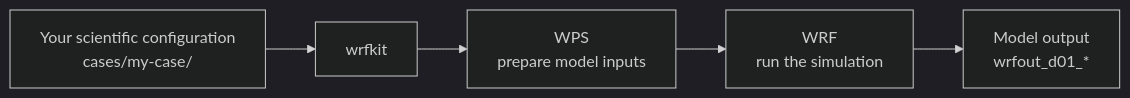
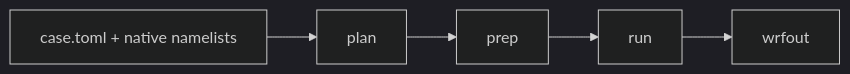
Before and after one commit to YONGHUNI/wrfkit: the diagram in docs/index.md, drawn with Mermaid (dark theme). The commit also changed other lines of this file, not shown here.

````diff
--- a/docs/index.md
+++ b/docs/index.md
@@ -106,10 +31,10 @@
 ```mermaid
 flowchart LR
-    A["Your scientific configuration<br/>cases/my-case/"]
-    B["wrfkit"]
-    C["WPS<br/>prepare model inputs"]
-    D["WRF<br/>run the simulation"]
-    E["Model output<br/>wrfout_d01_*"]
+    A["case.toml + native namelists"]
+    B["plan"]
+    C["prep"]
+    D["run"]
+    E["wrfout"]
 
     A --> B --> C --> D --> E
 ```
````
